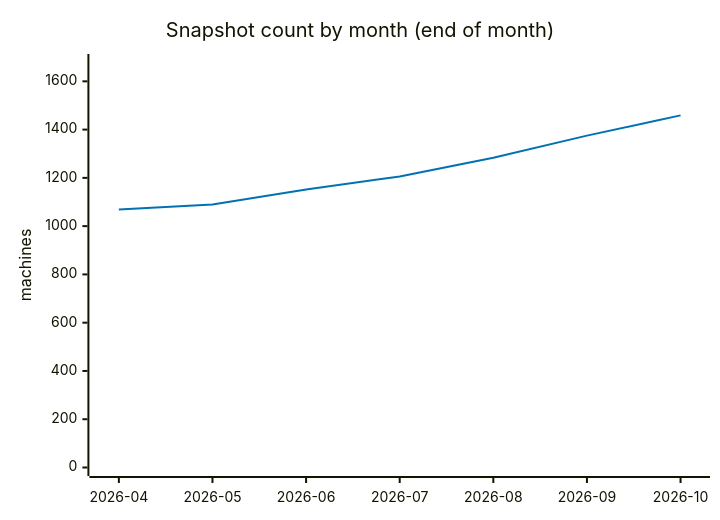
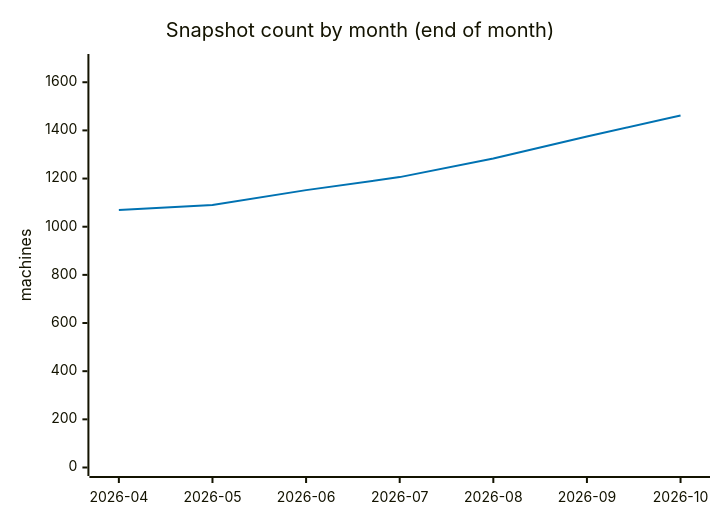
Before and after one commit to cheeaun/returnright-data: the fourth of 5 diagrams in ANALYSIS.md, drawn with Mermaid. The commit also changed other lines of this file and 4 other files, not shown here.

````diff
--- a/ANALYSIS.md
+++ b/ANALYSIS.md
@@ -249,13 +249,13 @@
 ```mermaid
 ---
 config:
   themeVariables:
     xyChart:
       plotColorPalette: "#0072B2"
 ---
 xychart-beta
     title "Snapshot count by month (end of month)"
     x-axis ["2026-04", "2026-05", "2026-06", "2026-07", "2026-08", "2026-09", "2026-10"]
-    y-axis "machines" 0 --> 1678
-    line [1069, 1090, 1152, 1206, 1283, 1375, 1459]
+    y-axis "machines" 0 --> 1682
+    line [1069, 1090, 1152, 1206, 1283, 1375, 1462]
 ```
````
